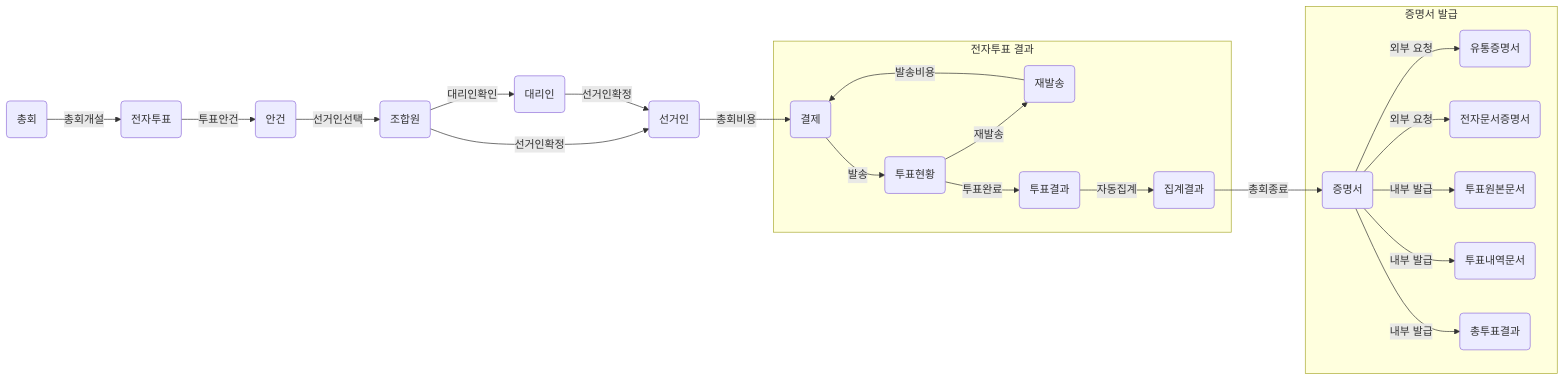
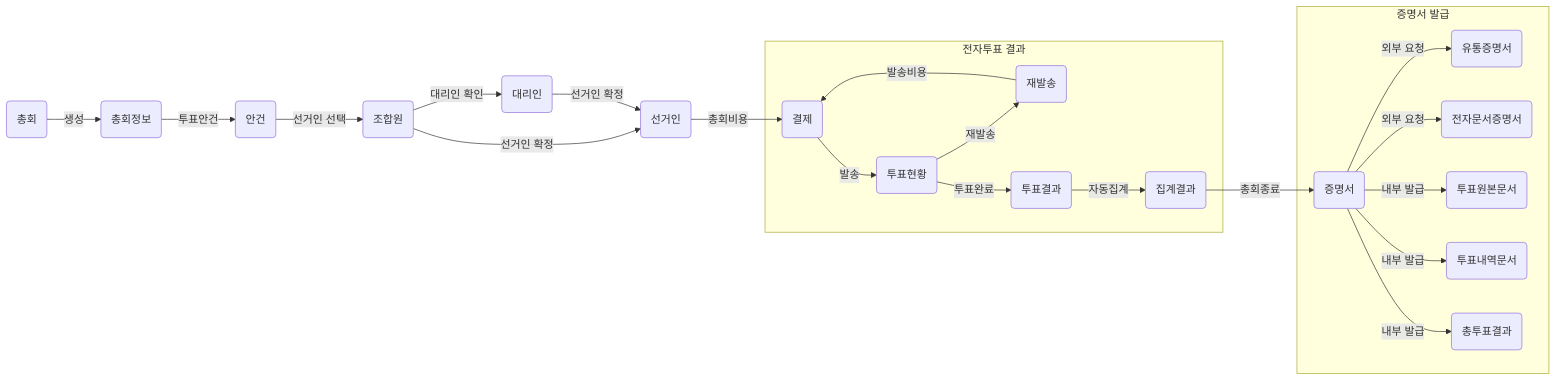
One commit to next-step/career-domain changed the first of 2 diagrams in Domain/domainModel-submit.md. Above: the diagram before and after it, drawn with Mermaid. The commit also changed other lines of this file, not shown here.

````diff
--- a/Domain/domainModel-submit.md
+++ b/Domain/domainModel-submit.md
@@ -3,44 +3,44 @@
 ```mermaid
 flowchart LR
     Meet(총회)
-    Electronic(전자투표)
+    Info(총회정보)
     Agenda(안건)
     UnionRegister(조합원)
-    Participant(선거인)
+    Elector(선거인)
     Agent(대리인)
     Payment(결제)
     VoteStatus(투표현황)
     Resend(재발송)
     VoteResult(투표결과)
     Calculate(집계결과)
     Certificate(증명서)
     Distribution(유통증명서)
     Online(전자문서증명서)
     OriginDoc(투표원본문서)
     VoteDoc(투표내역문서)
     VoteTotal(총투표결과)
     
-    Meet-->|총회개설|Electronic
-    Electronic-->|투표안건|Agenda
-    Agenda-->|선거인선택|UnionRegister
-    UnionRegister-->|선거인확정|Participant
-    UnionRegister-->|대리인확인|Agent
-    Agent-->|선거인확정|Participant
-    Participant-->|총회비용|Payment
+    Meet-->|생성|Info
+    Info-->|투표안건|Agenda
+    Agenda-->|선거인 선택|UnionRegister
+    UnionRegister-->|선거인 확정|Elector
+    UnionRegister-->|대리인 확인|Agent
+    Agent-->|선거인 확정|Elector
+    Elector-->|총회비용|Payment
     Payment-->|발송|VoteStatus
         subgraph 전자투표 결과
             VoteStatus-->|재발송|Resend
             VoteStatus-->|투표완료|VoteResult
             Resend-->|발송비용|Payment
             VoteResult-->|자동집계|Calculate
         end
     Calculate-->|총회종료|Certificate
         subgraph 증명서 발급
             Certificate-->|외부 요청|Distribution
             Certificate-->|외부 요청|Online
             Certificate-->|내부 발급|OriginDoc
             Certificate-->|내부 발급|VoteDoc
             Certificate-->|내부 발급|VoteTotal
         end
 
 ```
````
